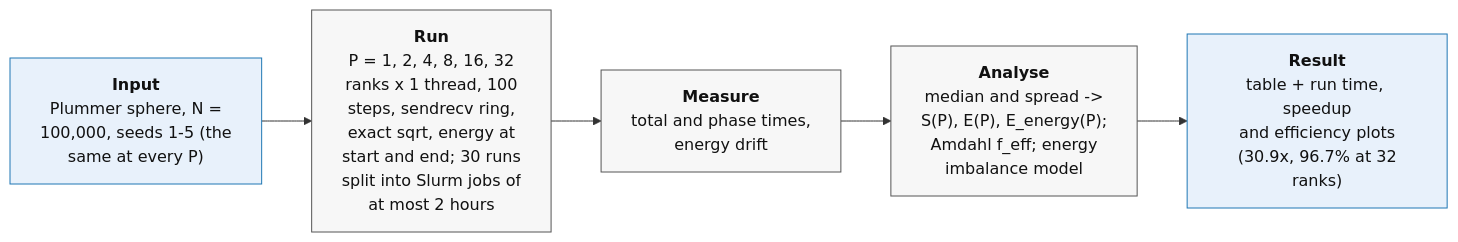
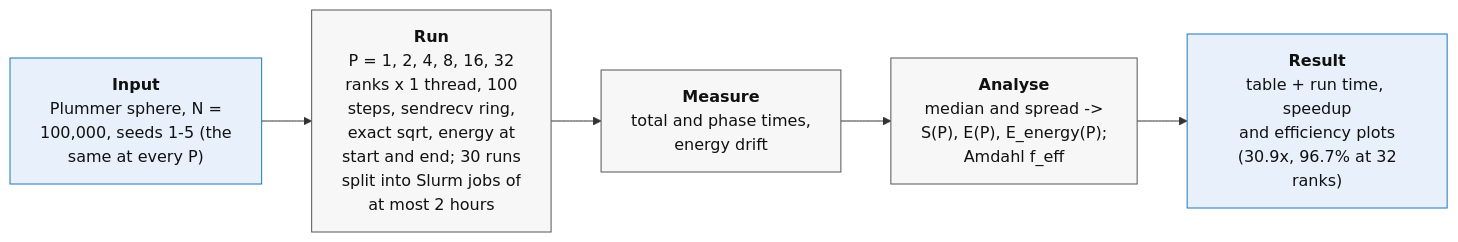
One commit to emmadariol/HPC_exam changed the fourth of 16 diagrams in Nbody_serial/FINAL_REPORT.md. Above: the diagram before and after it, drawn with Mermaid. The commit also changed other lines of this file and 3 other files, not shown here.

````diff
--- a/Nbody_serial/FINAL_REPORT.md
+++ b/Nbody_serial/FINAL_REPORT.md
@@ -353,13 +295,13 @@
 ```mermaid
 flowchart LR
   A["<b>Input</b><br/>Plummer sphere, N =<br/>100,000, seeds 1-5 (the<br/>same at every P)"]
   B["<b>Run</b><br/>P = 1, 2, 4, 8, 16, 32<br/>ranks x 1 thread, 100<br/>steps, sendrecv ring,<br/>exact sqrt, energy at<br/>start and end; 30 runs<br/>split into Slurm jobs of<br/>at most 2 hours"]
   C["<b>Measure</b><br/>total and phase times,<br/>energy drift"]
-  D["<b>Analyse</b><br/>median and spread -><br/>S(P), E(P), E_energy(P);<br/>Amdahl f_eff; energy<br/>imbalance model"]
+  D["<b>Analyse</b><br/>median and spread -><br/>S(P), E(P), E_energy(P);<br/>Amdahl f_eff"]
   E["<b>Result</b><br/>table + run time, speedup<br/>and efficiency plots<br/>(30.9x, 96.7% at 32<br/>ranks)"]
   A --> B --> C --> D --> E
   classDef io fill:#e8f1fb,stroke:#1f77b4,color:#111;
   classDef step fill:#f7f7f7,stroke:#555,color:#111;
   class A,E io;
   class B,C,D step;
 ```
````
